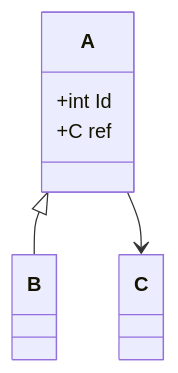
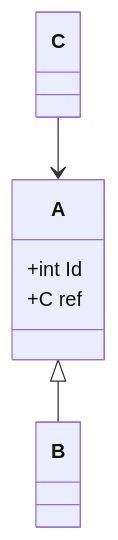
One commit to M5alil/mermaid changed the diagram in README.md. Above: the diagram before and after it, drawn with Mermaid.

````diff
--- a/README.md
+++ b/README.md
@@ -2,10 +2,10 @@
 ``` mermaid 
 classDiagram
   class C 
   class A {
     +int Id
     +C ref
   }
   A <|-- B
-  A --> C
+  C --> A
 ```
````
